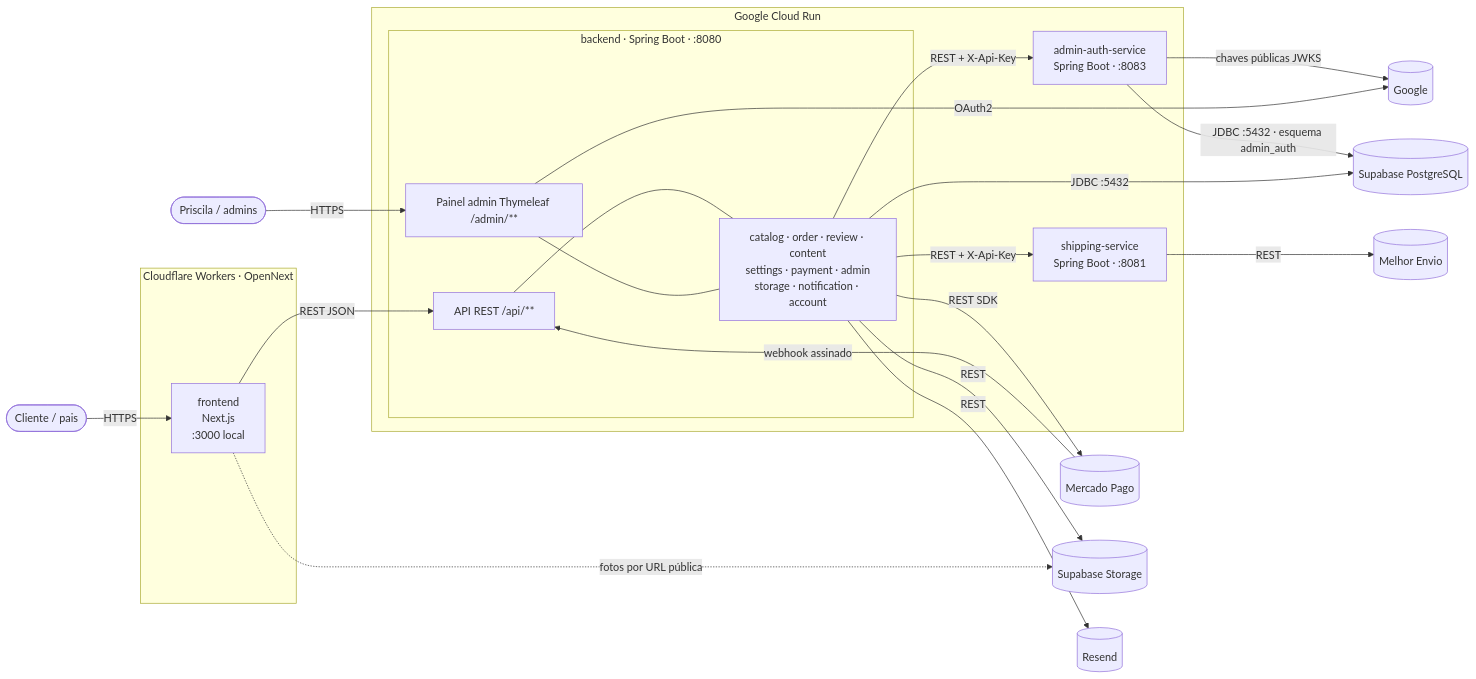
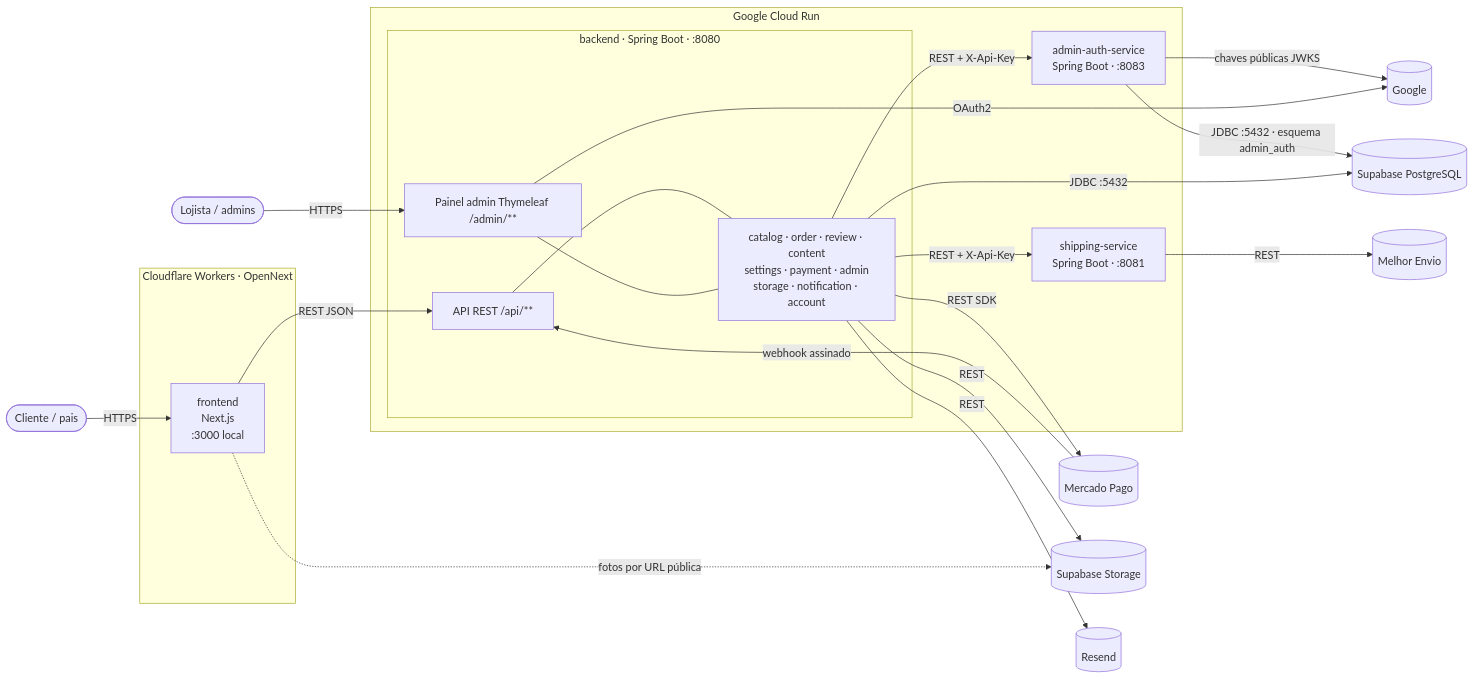
One commit to gabribaruelc/ASOBI changed the first of 9 diagrams in docs/arquitetura.md. Above: the diagram before and after it, drawn with Mermaid. The commit also changed other lines of this file and 27 other files, not shown here.

````diff
--- a/docs/arquitetura.md
+++ b/docs/arquitetura.md
@@ -182,35 +182,35 @@
 ```mermaid
 flowchart LR
     cliente([Cliente / pais]) -->|HTTPS| loja
-    priscila([Priscila / admins]) -->|HTTPS| painel
+    lojista([Lojista / admins]) -->|HTTPS| painel
 
     subgraph CF[Cloudflare Workers · OpenNext]
         loja[frontend<br/>Next.js<br/>:3000 local]
     end
 
     subgraph CR[Google Cloud Run]
         subgraph BE[backend · Spring Boot · :8080]
             api[API REST /api/**]
             painel[Painel admin Thymeleaf /admin/**]
             mods[catalog · order · review · content<br/>settings · payment · admin<br/>storage · notification · account]
         end
         ship[shipping-service<br/>Spring Boot · :8081]
         auth[admin-auth-service<br/>Spring Boot · :8083]
     end
 
     loja -->|REST JSON| api
     api --- mods
     painel --- mods
     mods -->|REST + X-Api-Key| ship
     ship -->|REST| ME[(Melhor Envio)]
     mods -->|REST + X-Api-Key| auth
     auth -->|JDBC :5432 · esquema admin_auth| DB
     auth -->|chaves públicas JWKS| G
     mods -->|JDBC :5432| DB[(Supabase PostgreSQL)]
     mods -->|REST SDK| MP[(Mercado Pago)]
     mods -->|REST| ST[(Supabase Storage)]
     mods -->|REST| RS[(Resend)]
     loja -.->|fotos por URL pública| ST
     MP -->|webhook assinado| api
     painel -->|OAuth2| G[(Google)]
 ```
````
